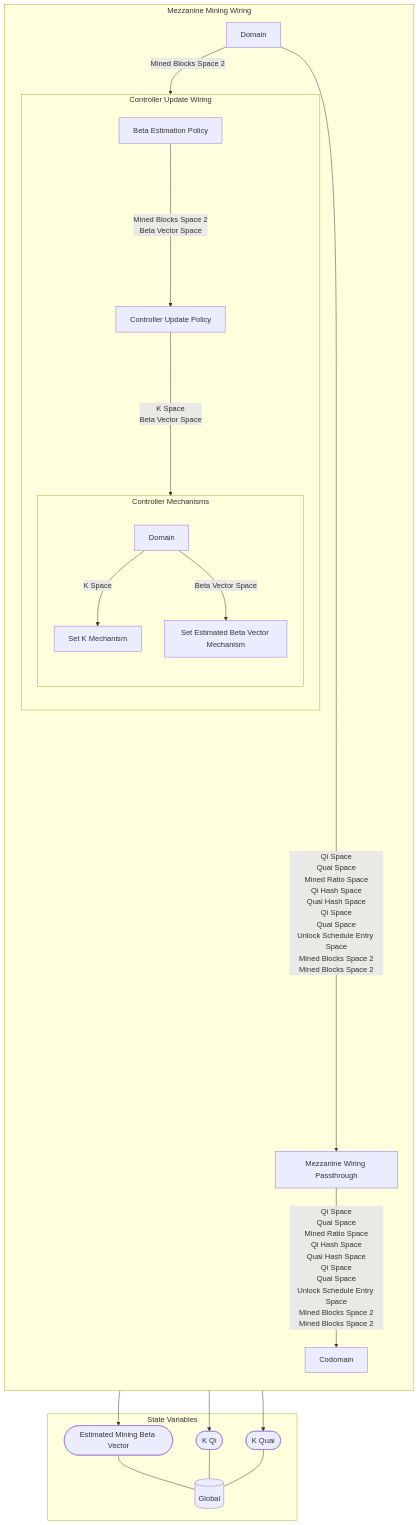
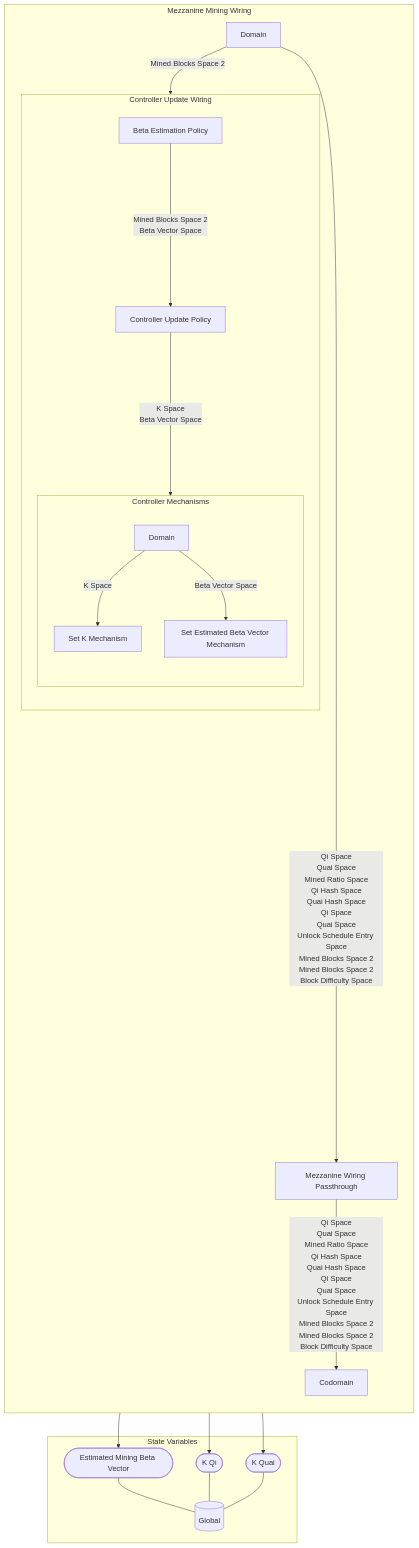
Before and after one commit to dominant-strategies/Quai-Macro-Model: the diagram in Research/MSML Scaffold/Wiring/Mezzanine Mining Wiring.md, drawn with Mermaid. The commit also changed other lines of this file and 27 other files, not shown here.

````diff
--- a/Research/MSML Scaffold/Wiring/Mezzanine Mining Wiring.md
+++ b/Research/MSML Scaffold/Wiring/Mezzanine Mining Wiring.md
@@ -3,66 +3,68 @@
 ```mermaid
 graph TB
 
 subgraph SVS["State Variables"]
 EE0[("Global")]
 EES0(["Estimated Mining Beta Vector"])
 EES0 --- EE0
 EES1(["K Qi"])
 EES1 --- EE0
 EES2(["K Quai"])
 EES2 --- EE0
 end
 
 subgraph X12["Mezzanine Mining Wiring"]
 direction TB
 subgraph X8["Controller Update Wiring"]
 direction TB
 X1["Beta Estimation Policy"]
 X2["Controller Update Policy"]
 subgraph X7["Controller Mechanisms"]
 direction TB
 X3["Set K Mechanism"]
 X3 --> EES2
 X3 --> EES1
 X4["Set Estimated Beta Vector Mechanism"]
 X4 --> EES0
 X5[Domain]
 
 direction LR
 direction TB
 X5 --"K Space"--> X3
 X5 --"Beta Vector Space"--> X4
 end
 X1--"Mined Blocks Space 2
 Beta Vector Space"---->X2
 X2--"K Space
 Beta Vector Space"---->X7
 end
 X9["Mezzanine Wiring Passthrough"]
 X10[Domain]
 X11[Codomain]
 direction LR
 direction TB
 X10 --"Mined Blocks Space 2"--> X8
 X10 --"Qi Space
 Quai Space
 Mined Ratio Space
 Qi Hash Space
 Quai Hash Space
 Qi Space
 Quai Space
 Unlock Schedule Entry Space
 Mined Blocks Space 2
-Mined Blocks Space 2"-----------> X9
+Mined Blocks Space 2
+Block Difficulty Space"------------> X9
 X9 --"Qi Space
 Quai Space
 Mined Ratio Space
 Qi Hash Space
 Quai Hash Space
 Qi Space
 Quai Space
 Unlock Schedule Entry Space
 Mined Blocks Space 2
-Mined Blocks Space 2"--> X11
+Mined Blocks Space 2
+Block Difficulty Space"--> X11
 end
 ```
````
